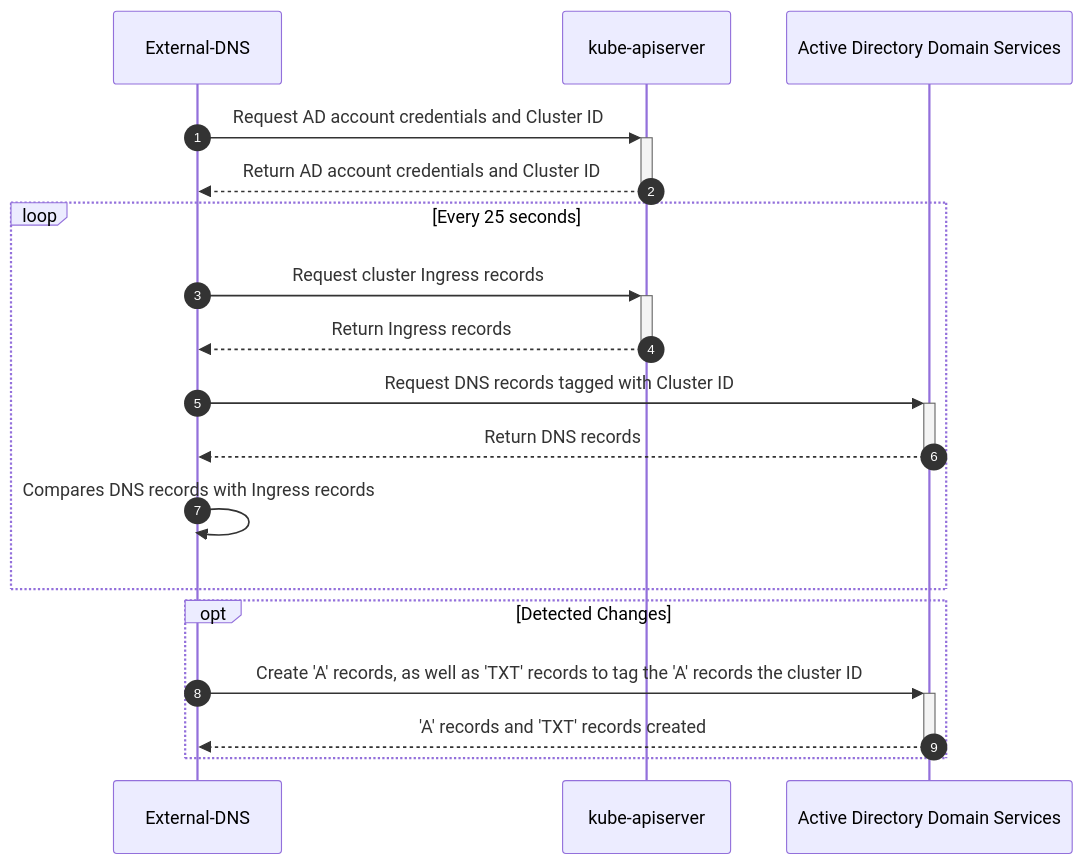
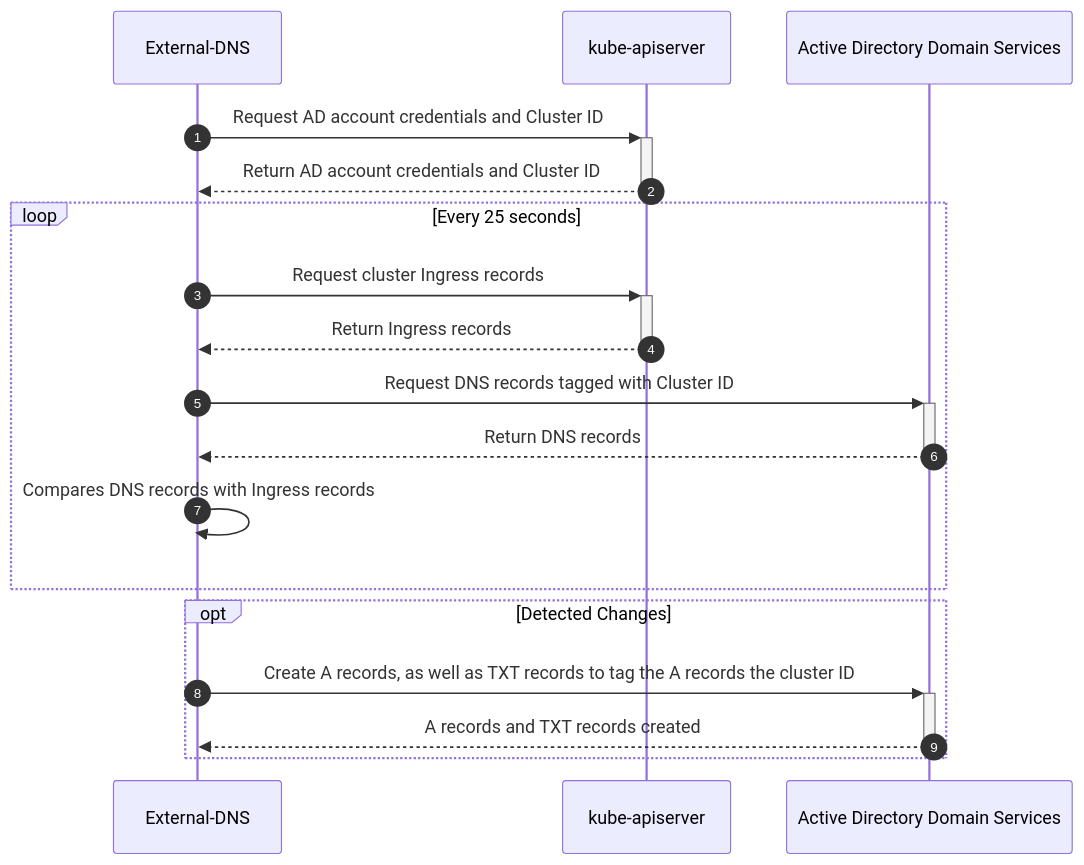
Before and after one commit to sachua/tgif-slides: the fifth of 8 diagrams in slides.md, drawn with Mermaid. The commit also changed other lines of this file, not shown here.

````diff
--- a/slides.md
+++ b/slides.md
@@ -255,20 +255,20 @@
 ```mermaid{scale: 0.5,mirrorActors: false}
 sequenceDiagram
   autonumber
   participant E as External-DNS
   participant K as kube-apiserver
   participant AD as Active Directory Domain Services
   E->>+K: Request AD account credentials and Cluster ID
   K-->>-E: Return AD account credentials and Cluster ID
   loop Every 25 seconds
     E->>+K: Request cluster Ingress records
     K-->>-E: Return Ingress records
     E->>+AD: Request DNS records tagged with Cluster ID
     AD-->>-E: Return DNS records
     E->>E: Compares DNS records with Ingress records
   end
   opt Detected Changes
-    E->>+AD: Create 'A' records, as well as 'TXT' records to tag the 'A' records the cluster ID
-    AD-->>-E: 'A' records and 'TXT' records created
+    E->>+AD: Create A records, as well as TXT records to tag the A records the cluster ID
+    AD-->>-E: A records and TXT records created
   end
 ```
````
